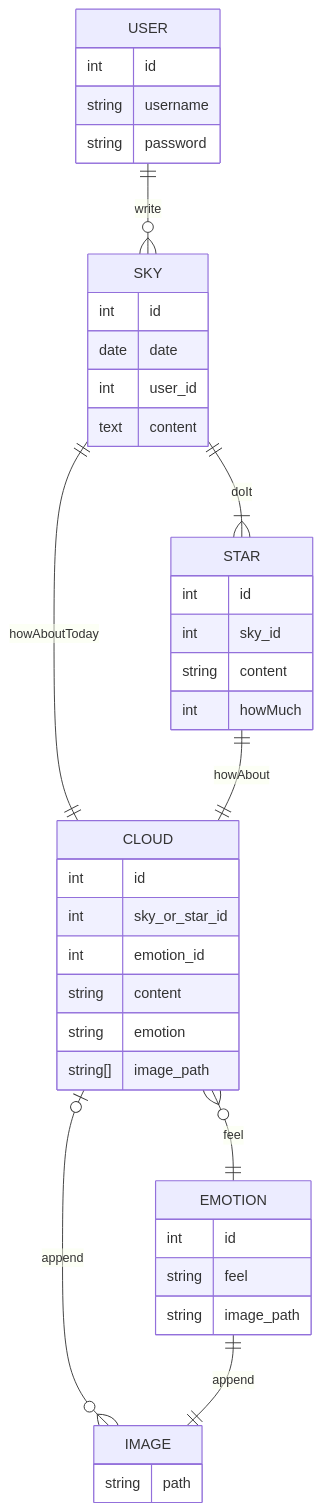
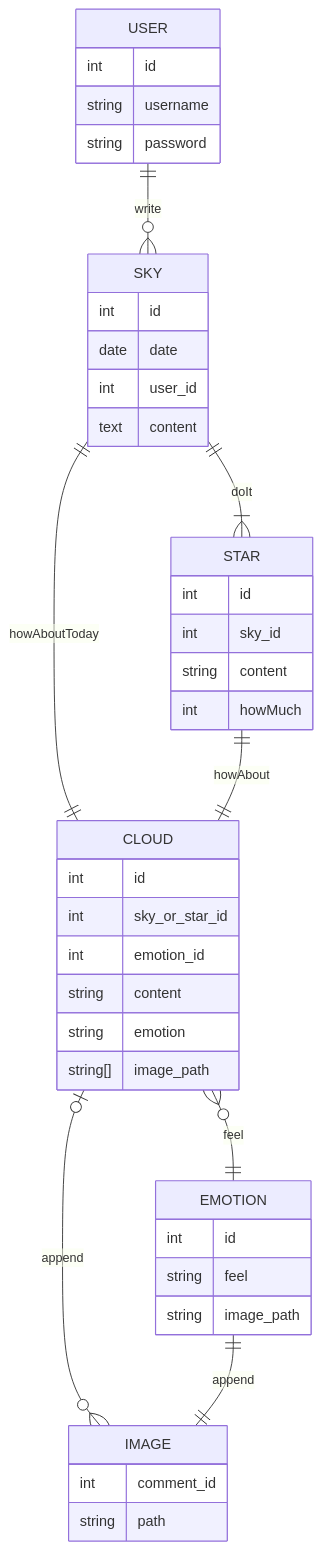
The diagram in README.md (hy1203/teamproject2), drawn with Mermaid before and after one commit. The commit also changed other lines of this file, not shown here.

````diff
--- a/README.md
+++ b/README.md
@@ -104,44 +104,45 @@
 ```mermaid
 erDiagram
     USER {
         int id
         string username
         string password
     }
     SKY {  
         int id
         date date
         int user_id
         text content
     }
     STAR {
         int id
         int sky_id
         string content
         int howMuch
     }
     CLOUD {
         int id
         int sky_or_star_id
         int emotion_id
         string content
         string emotion
         string[] image_path
     }
     EMOTION{
         int id
         string feel
         string image_path
     }
     IMAGE {
+        int comment_id
         string path
     }
     USER ||--o{ SKY : write
     CLOUD |o--o{ IMAGE : append
     SKY ||--|{ STAR : doIt
     SKY ||--|| CLOUD : howAboutToday
     STAR ||--|| CLOUD : howAbout
     CLOUD }o--|| EMOTION : feel
     EMOTION ||--|| IMAGE : append
 
 ```
````
